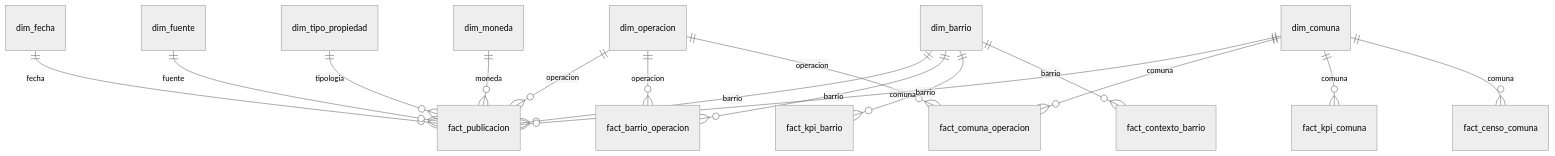
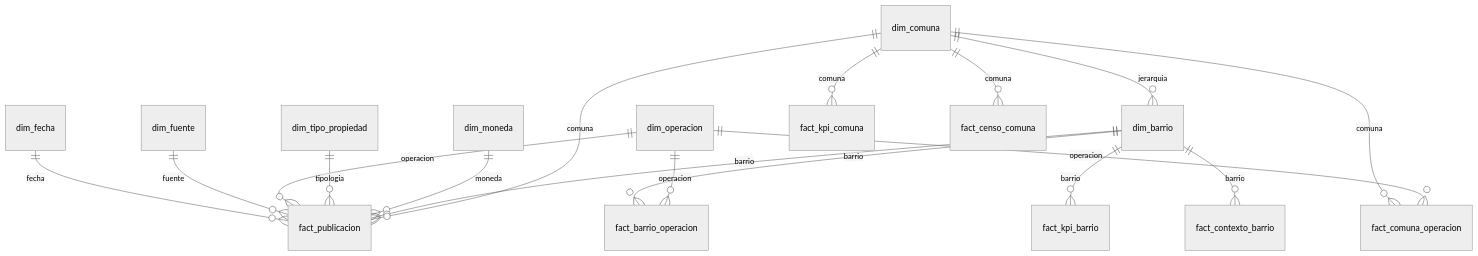
The diagram in docs/modelo_data_warehouse_dashboard.md (arirakowitba/TP_analitica_descriptiva_grupo1_2q2026), drawn with Mermaid (neutral theme) before and after one commit. The commit also changed other lines of this file and 1 other file, not shown here.

Commit message:
normaliza jerarquia geografica del mart

````diff
--- a/docs/modelo_data_warehouse_dashboard.md
+++ b/docs/modelo_data_warehouse_dashboard.md
@@ -5,18 +5,19 @@
 ```mermaid
 erDiagram
     dim_fecha ||--o{ fact_publicacion : fecha
     dim_fuente ||--o{ fact_publicacion : fuente
     dim_operacion ||--o{ fact_publicacion : operacion
     dim_tipo_propiedad ||--o{ fact_publicacion : tipologia
     dim_moneda ||--o{ fact_publicacion : moneda
+    dim_comuna ||--o{ dim_barrio : jerarquia
     dim_barrio ||--o{ fact_publicacion : barrio
     dim_comuna ||--o{ fact_publicacion : comuna
     dim_barrio ||--o{ fact_barrio_operacion : barrio
     dim_operacion ||--o{ fact_barrio_operacion : operacion
     dim_barrio ||--o{ fact_kpi_barrio : barrio
     dim_comuna ||--o{ fact_comuna_operacion : comuna
     dim_operacion ||--o{ fact_comuna_operacion : operacion
     dim_comuna ||--o{ fact_kpi_comuna : comuna
     dim_barrio ||--o{ fact_contexto_barrio : barrio
     dim_comuna ||--o{ fact_censo_comuna : comuna
 ```
````
